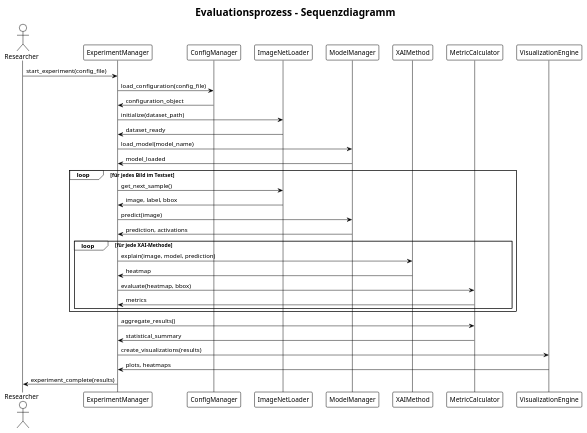
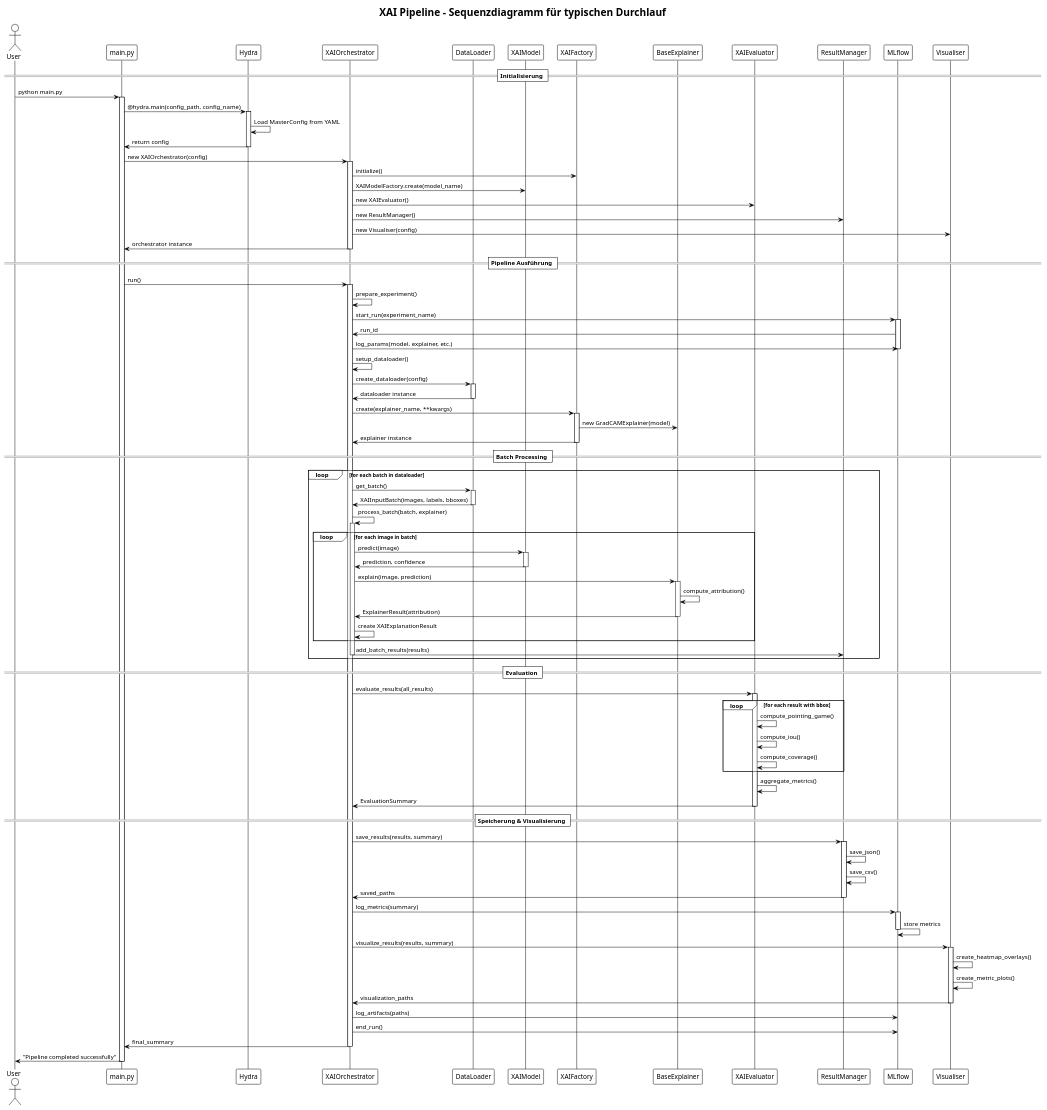
Before and after one commit to shum-panda/xai-eval-pipeline: the diagram in Documentation/sequence.puml, drawn with PlantUML. The commit also changed 11 other files, not shown here.

Commit message:
add documentation diagramms

```diff
--- a/Documentation/sequence.puml
+++ b/Documentation/sequence.puml
@@ -1,48 +1,133 @@
-@startuml sequence_diagram
+@startuml sequence_xai_pipeline_execution
 !theme plain
-title Evaluationsprozess - Sequenzdiagramm
+title XAI Pipeline - Sequenzdiagramm für typischen Durchlauf
 
-actor Researcher
-participant "ExperimentManager" as EM
-participant "ConfigManager" as CM
-participant "ImageNetLoader" as DL
-participant "ModelManager" as MM
-participant "XAIMethod" as XAI
-participant "MetricCalculator" as MC
-participant "VisualizationEngine" as VE
+actor User
+participant "main.py" as Main
+participant "Hydra" as Hydra
+participant "XAIOrchestrator" as Orchestrator
+participant "DataLoader" as DataLoader
+participant "XAIModel" as Model
+participant "XAIFactory" as XAIFactory
+participant "BaseExplainer" as Explainer
+participant "XAIEvaluator" as Evaluator
+participant "ResultManager" as ResultManager
+participant "MLflow" as MLflow
+participant "Visualiser" as Visualiser
 
-Researcher -> EM: start_experiment(config_file)
-EM -> CM: load_configuration(config_file)
-CM -> EM: configuration_object
+== Initialisierung ==
+User -> Main: python main.py
+activate Main
 
-EM -> DL: initialize(dataset_path)
-DL -> EM: dataset_ready
+Main -> Hydra: @hydra.main(config_path, config_name)
+activate Hydra
+Hydra -> Hydra: Load MasterConfig from YAML
+Hydra -> Main: return config
+deactivate Hydra
 
-EM -> MM: load_model(model_name)
-MM -> EM: model_loaded
+Main -> Orchestrator: new XAIOrchestrator(config)
+activate Orchestrator
+Orchestrator -> XAIFactory: initialize()
+Orchestrator -> Model: XAIModelFactory.create(model_name)
+Orchestrator -> Evaluator: new XAIEvaluator()
+Orchestrator -> ResultManager: new ResultManager()
+Orchestrator -> Visualiser: new Visualiser(config)
+Orchestrator -> Main: orchestrator instance
+deactivate Orchestrator
 
-loop für jedes Bild im Testset
-    EM -> DL: get_next_sample()
-    DL -> EM: image, label, bbox
+== Pipeline Ausführung ==
+Main -> Orchestrator: run()
+activate Orchestrator
 
-    EM -> MM: predict(image)
-    MM -> EM: prediction, activations
+Orchestrator -> Orchestrator: prepare_experiment()
+Orchestrator -> MLflow: start_run(experiment_name)
+activate MLflow
+MLflow -> Orchestrator: run_id
+Orchestrator -> MLflow: log_params(model, explainer, etc.)
+deactivate MLflow
 
-    loop für jede XAI-Methode
-        EM -> XAI: explain(image, model, prediction)
-        XAI -> EM: heatmap
+Orchestrator -> Orchestrator: setup_dataloader()
+Orchestrator -> DataLoader: create_dataloader(config)
+activate DataLoader
+DataLoader -> Orchestrator: dataloader instance
+deactivate DataLoader
 
-        EM -> MC: evaluate(heatmap, bbox)
-        MC -> EM: metrics
+Orchestrator -> XAIFactory: create(explainer_name, **kwargs)
+activate XAIFactory
+XAIFactory -> Explainer: new GradCAMExplainer(model)
+XAIFactory -> Orchestrator: explainer instance
+deactivate XAIFactory
+
+== Batch Processing ==
+loop for each batch in dataloader
+    Orchestrator -> DataLoader: get_batch()
+    activate DataLoader
+    DataLoader -> Orchestrator: XAIInputBatch(images, labels, bboxes)
+    deactivate DataLoader
+
+    Orchestrator -> Orchestrator: process_batch(batch, explainer)
+    activate Orchestrator
+
+    loop for each image in batch
+        Orchestrator -> Model: predict(image)
+        activate Model
+        Model -> Orchestrator: prediction, confidence
+        deactivate Model
+
+        Orchestrator -> Explainer: explain(image, prediction)
+        activate Explainer
+        Explainer -> Explainer: compute_attribution()
+        Explainer -> Orchestrator: ExplainerResult(attribution)
+        deactivate Explainer
+
+        Orchestrator -> Orchestrator: create XAIExplanationResult
     end
+
+    Orchestrator -> ResultManager: add_batch_results(results)
+    deactivate Orchestrator
 end
 
-EM -> MC: aggregate_results()
-MC -> EM: statistical_summary
+== Evaluation ==
+Orchestrator -> Evaluator: evaluate_results(all_results)
+activate Evaluator
 
-EM -> VE: create_visualizations(results)
-VE -> EM: plots, heatmaps
+loop for each result with bbox
+    Evaluator -> Evaluator: compute_pointing_game()
+    Evaluator -> Evaluator: compute_iou()
+    Evaluator -> Evaluator: compute_coverage()
+end
 
-EM -> Researcher: experiment_complete(results)
+Evaluator -> Evaluator: aggregate_metrics()
+Evaluator -> Orchestrator: EvaluationSummary
+deactivate Evaluator
+
+== Speicherung & Visualisierung ==
+Orchestrator -> ResultManager: save_results(results, summary)
+activate ResultManager
+ResultManager -> ResultManager: save_json()
+ResultManager -> ResultManager: save_csv()
+ResultManager -> Orchestrator: saved_paths
+deactivate ResultManager
+
+Orchestrator -> MLflow: log_metrics(summary)
+activate MLflow
+MLflow -> MLflow: store metrics
+deactivate MLflow
+
+Orchestrator -> Visualiser: visualize_results(results, summary)
+activate Visualiser
+Visualiser -> Visualiser: create_heatmap_overlays()
+Visualiser -> Visualiser: create_metric_plots()
+Visualiser -> Orchestrator: visualization_paths
+deactivate Visualiser
+
+Orchestrator -> MLflow: log_artifacts(paths)
+Orchestrator -> MLflow: end_run()
+
+Orchestrator -> Main: final_summary
+deactivate Orchestrator
+
+Main -> User: "Pipeline completed successfully"
+deactivate Main
 
 @enduml
```
